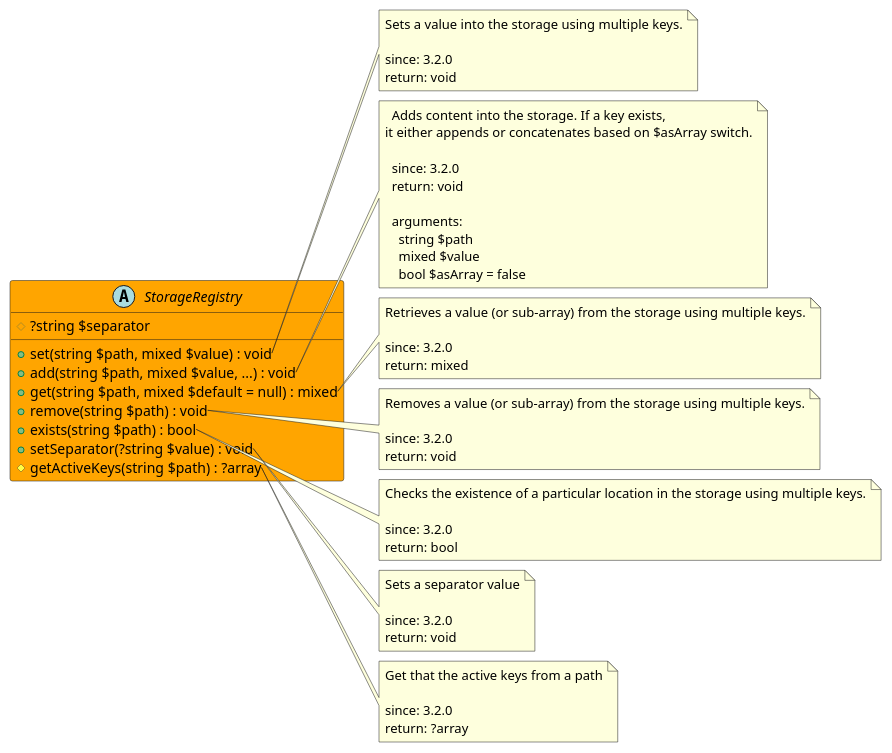
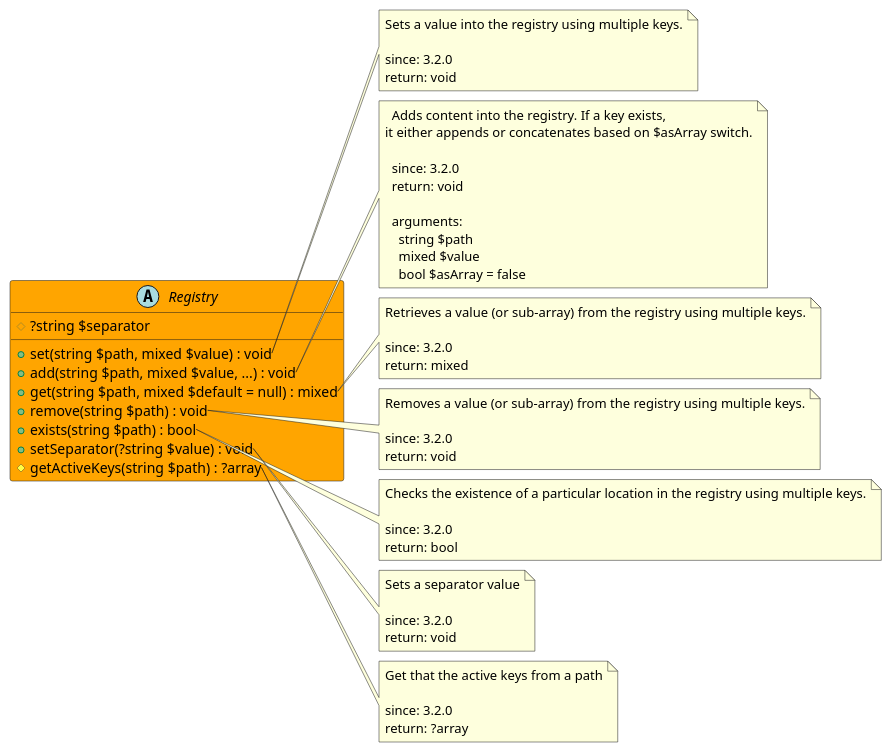
The diagram in src/7e822c03-1b20-41d1-9427-f5b8d5836af7/README.md (joomengine/super-powers), drawn with PlantUML before and after one commit. The commit also changed other lines of this file and 57 other files, not shown here.

````diff
--- a/src/7e822c03-1b20-41d1-9427-f5b8d5836af7/README.md
+++ b/src/7e822c03-1b20-41d1-9427-f5b8d5836af7/README.md
@@ -12,70 +12,70 @@
 ```uml
 @startuml
-abstract StorageRegistry  #Orange {
+abstract Registry  #Orange {
   # ?string $separator
   + set(string $path, mixed $value) : void
   + add(string $path, mixed $value, ...) : void
   + get(string $path, mixed $default = null) : mixed
   + remove(string $path) : void
   + exists(string $path) : bool
   + setSeparator(?string $value) : void
   # getActiveKeys(string $path) : ?array
 }
 
-note right of StorageRegistry::set
-  Sets a value into the storage using multiple keys.
+note right of Registry::set
+  Sets a value into the registry using multiple keys.
 
   since: 3.2.0
   return: void
 end note
 
-note right of StorageRegistry::add
-  Adds content into the storage. If a key exists,
+note right of Registry::add
+  Adds content into the registry. If a key exists,
 it either appends or concatenates based on $asArray switch.
 
   since: 3.2.0
   return: void
   
   arguments:
     string $path
     mixed $value
     bool $asArray = false
 end note
 
-note right of StorageRegistry::get
-  Retrieves a value (or sub-array) from the storage using multiple keys.
+note right of Registry::get
+  Retrieves a value (or sub-array) from the registry using multiple keys.
 
   since: 3.2.0
   return: mixed
 end note
 
-note right of StorageRegistry::remove
-  Removes a value (or sub-array) from the storage using multiple keys.
+note right of Registry::remove
+  Removes a value (or sub-array) from the registry using multiple keys.
 
   since: 3.2.0
   return: void
 end note
 
-note right of StorageRegistry::exists
-  Checks the existence of a particular location in the storage using multiple keys.
+note right of Registry::exists
+  Checks the existence of a particular location in the registry using multiple keys.
 
   since: 3.2.0
   return: bool
 end note
 
-note right of StorageRegistry::setSeparator
+note right of Registry::setSeparator
   Sets a separator value
 
   since: 3.2.0
   return: void
 end note
 
-note right of StorageRegistry::getActiveKeys
+note right of Registry::getActiveKeys
   Get that the active keys from a path
 
   since: 3.2.0
   return: ?array
 end note
  
 @enduml
 ```
````
